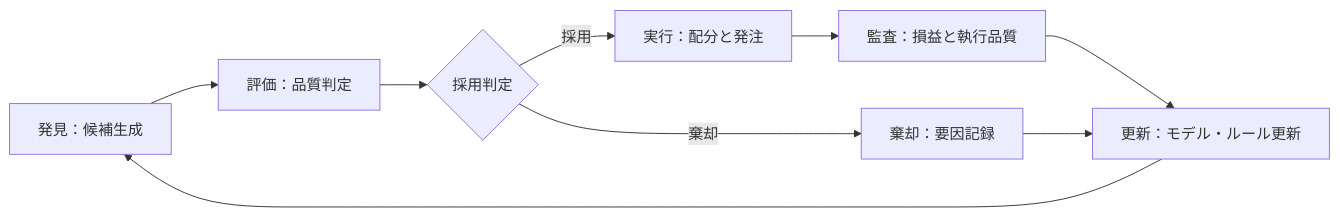
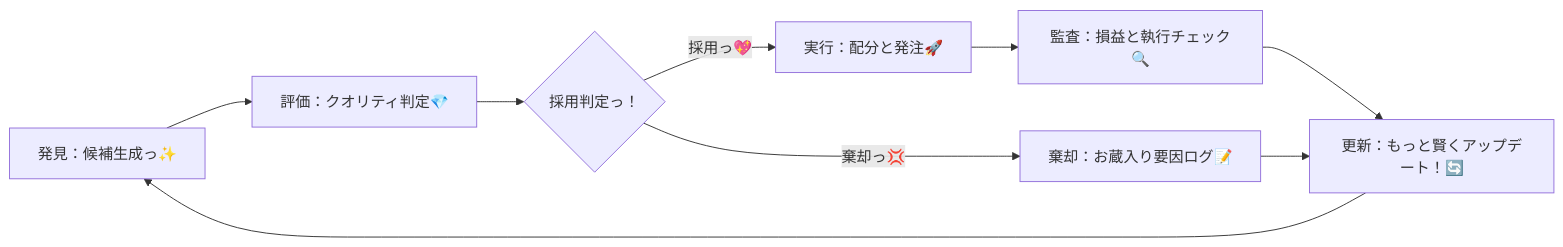
One commit to KAFKA2306/investor changed the first of 8 diagrams in docs/specs/frontend.md. Above: the diagram before and after it, drawn with Mermaid. The commit also changed other lines of this file and 52 other files, not shown here.

````diff
--- a/docs/specs/frontend.md
+++ b/docs/specs/frontend.md
@@ -24,11 +24,11 @@
 ```mermaid
 flowchart LR
-    発見["発見：候補生成"] --> 評価["評価：品質判定"]
-    評価 --> 判定{"採用判定"}
-    判定 -- 採用 --> 実行["実行：配分と発注"]
-    判定 -- 棄却 --> 記録["棄却：要因記録"]
-    実行 --> 監査["監査：損益と執行品質"]
-    監査 --> 更新["更新：モデル・ルール更新"]
+    発見["発見：候補生成っ✨"] --> 評価["評価：クオリティ判定💎"]
+    評価 --> 判定{"採用判定っ！"}
+    判定 -- 採用っ💖 --> 実行["実行：配分と発注🚀"]
+    判定 -- 棄却っ💢 --> 記録["棄却：お蔵入り要因ログ📝"]
+    実行 --> 監査["監査：損益と執行チェック🔍"]
+    監査 --> 更新["更新：もっと賢くアップデート！🔄"]
     記録 --> 更新
     更新 --> 発見
 ```
````
